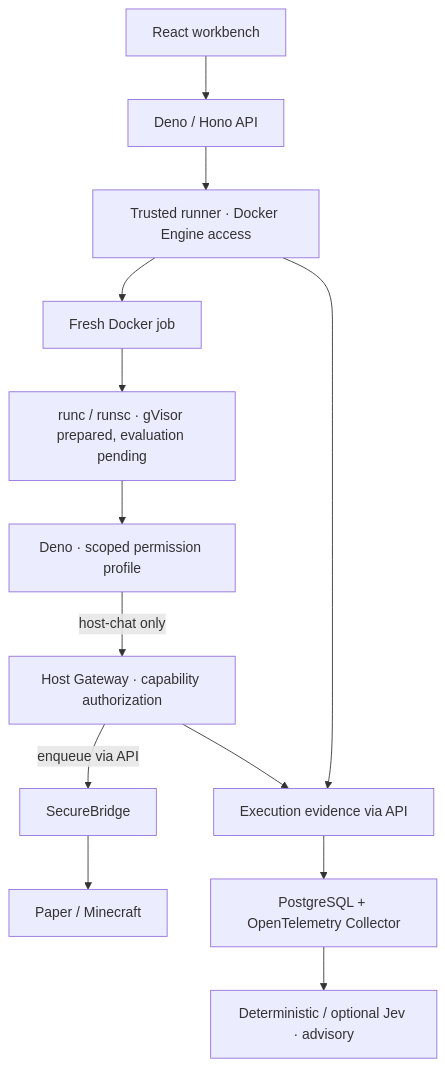
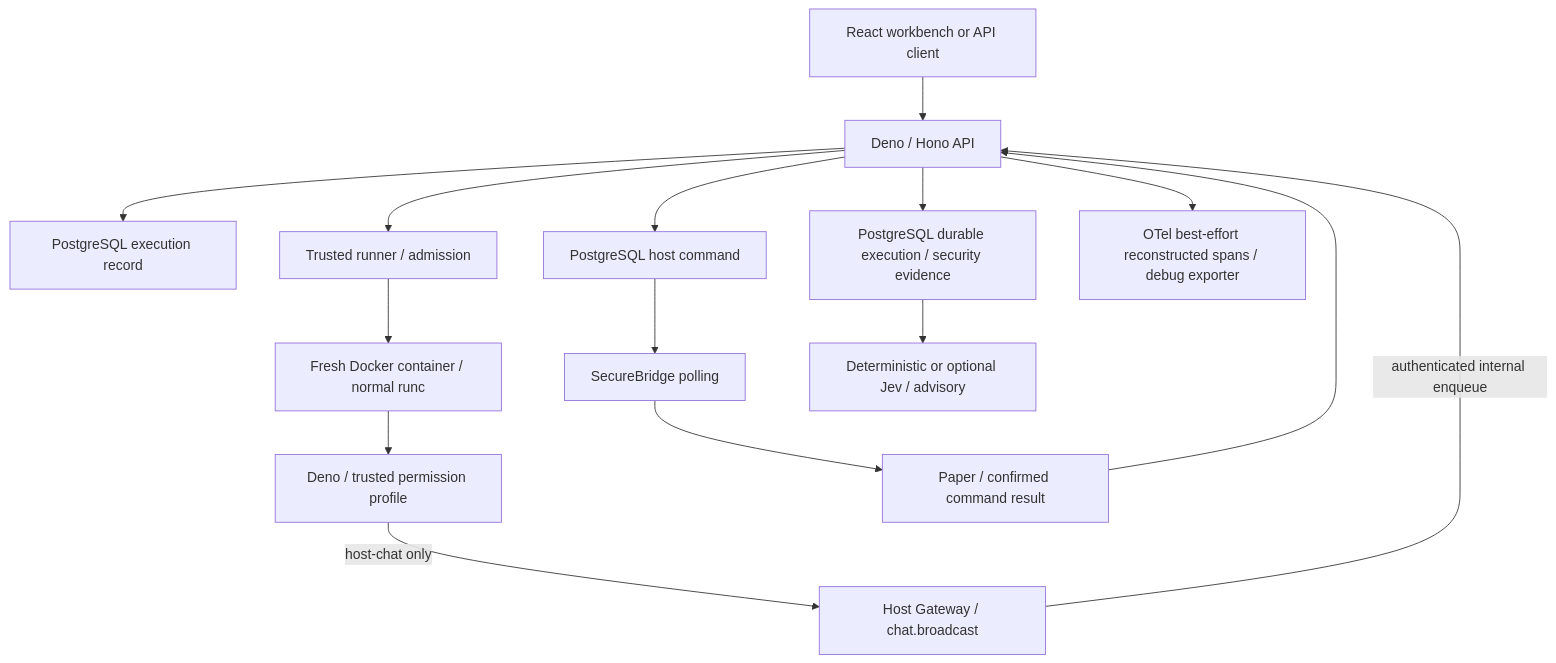
One commit to Maciej-Mitura/ResearchProject_Hoatloading_Scripts changed the diagram in README.md. Above: the diagram before and after it, drawn with Mermaid. The commit also changed other lines of this file and 2008 other files, not shown here.

````diff
--- a/README.md
+++ b/README.md
@@ -19,15 +10,17 @@
 ```mermaid
 flowchart TD
-  UI[React workbench] --> API[Deno / Hono API]
-  API --> Runner[Trusted runner · Docker Engine access]
-  Runner --> Docker[Fresh Docker job]
-  Docker --> Runtime[runc / runsc · gVisor prepared, evaluation pending]
-  Runtime --> Deno[Deno · scoped permission profile]
-  Deno -->|host-chat only| Gateway[Host Gateway · capability authorization]
-  Gateway -->|enqueue via API| Bridge[SecureBridge]
-  Bridge --> Paper[Paper / Minecraft]
-  Runner --> Evidence[Execution evidence via API]
-  Gateway --> Evidence
-  Evidence --> DB[PostgreSQL + OpenTelemetry Collector]
-  DB --> Risk[Deterministic / optional Jev · advisory]
+  Client[React workbench or API client] --> API[Deno / Hono API]
+  API --> DB[PostgreSQL execution record]
+  API --> Runner[Trusted runner / admission]
+  Runner --> Docker[Fresh Docker container / normal runc]
+  Docker --> Deno[Deno / trusted permission profile]
+  Deno -->|host-chat only| Gateway[Host Gateway / chat.broadcast]
+  Gateway -->|authenticated internal enqueue| API
+  API --> Queue[PostgreSQL host command]
+  Queue --> Bridge[SecureBridge polling]
+  Bridge --> Paper[Paper / confirmed command result]
+  Paper --> API
+  API --> Evidence[PostgreSQL durable execution / security evidence]
+  Evidence --> Risk[Deterministic or optional Jev / advisory]
+  API --> Collector[OTel best-effort reconstructed spans / debug exporter]
 ```
````
